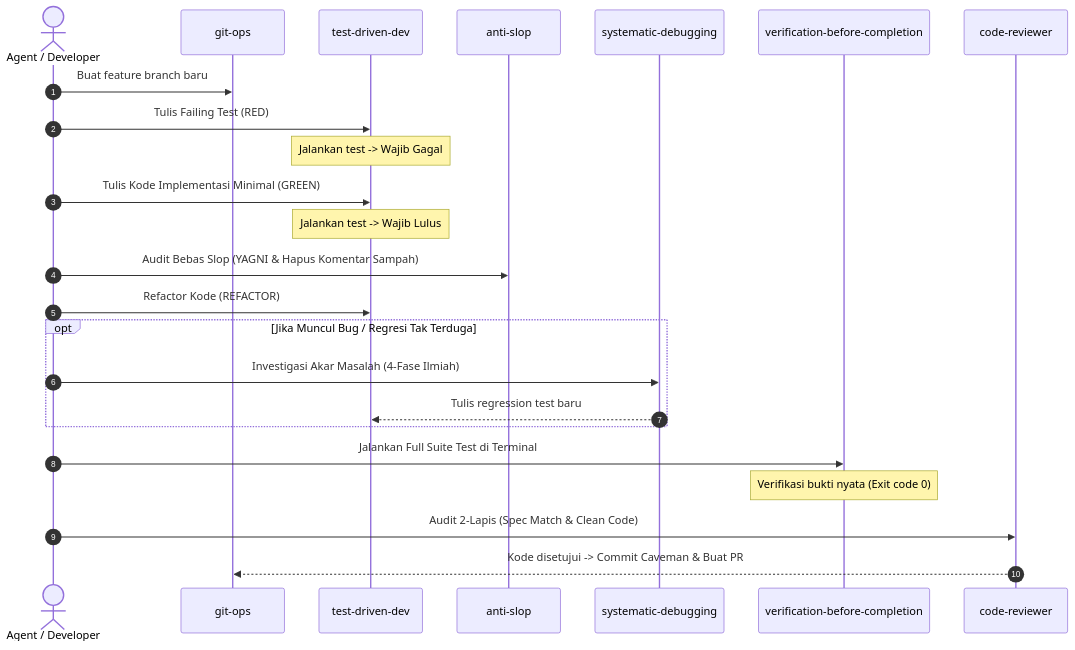
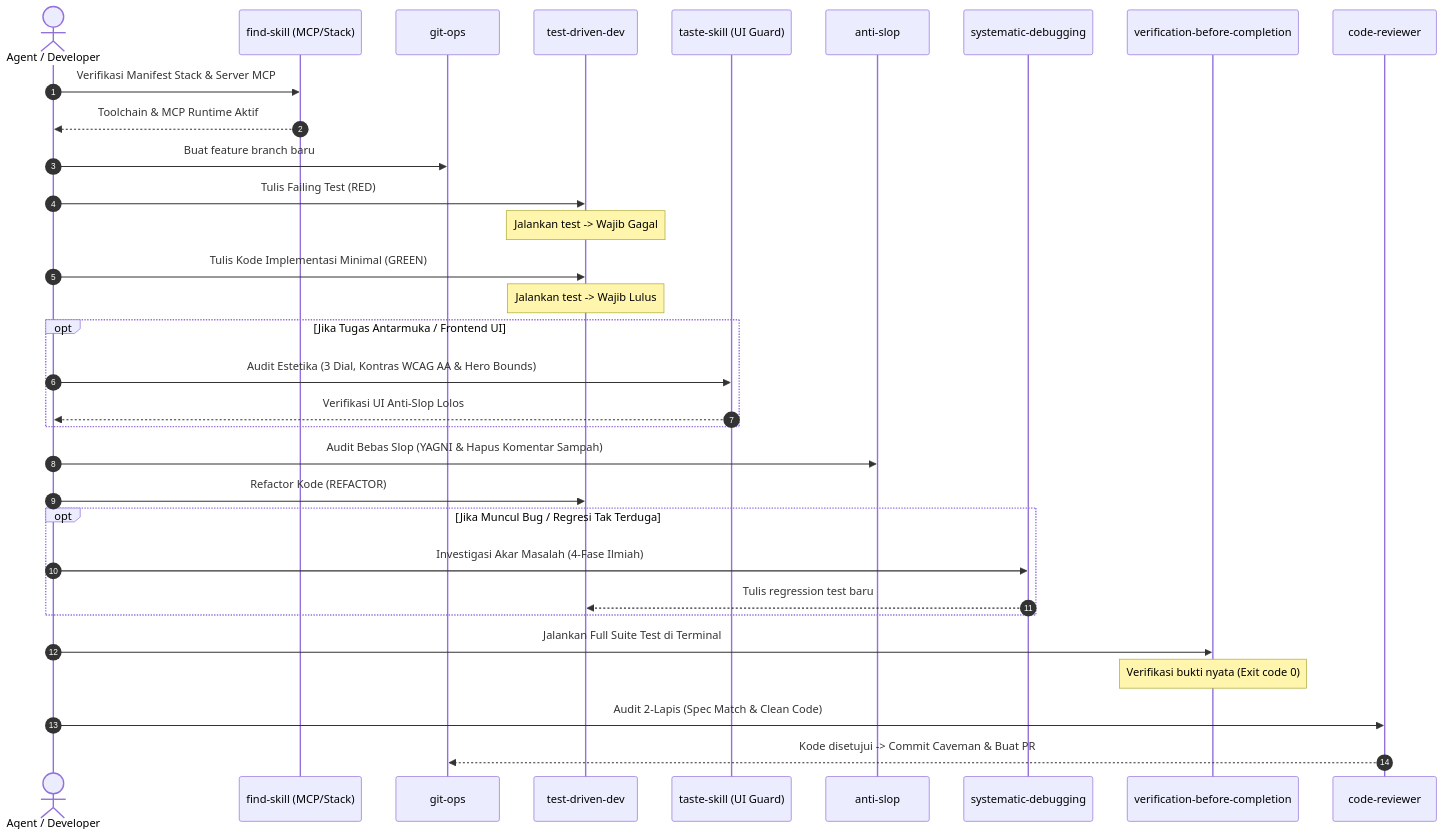
The fourth of 4 diagrams in README.md (okyFaishal/pero-agent-skills), drawn with Mermaid before and after one commit. The commit also changed other lines of this file, not shown here.

Commit message:
docs(readme): update Mermaid graphs and catalog for 28 skills and JIT MCP flow

````diff
--- a/README.md
+++ b/README.md
@@ -250,29 +298,39 @@
 ```mermaid
 sequenceDiagram
     autonumber
     actor Dev as Agent / Developer
+    participant FS as find-skill (MCP/Stack)
     participant Git as git-ops
     participant TDD as test-driven-dev
+    participant TS as taste-skill (UI Guard)
     participant AS as anti-slop
     participant DBG as systematic-debugging
     participant VBC as verification-before-completion
     participant Rev as code-reviewer
 
+    Dev->>FS: Verifikasi Manifest Stack & Server MCP
+    FS-->>Dev: Toolchain & MCP Runtime Aktif
     Dev->>Git: Buat feature branch baru
     Dev->>TDD: Tulis Failing Test (RED)
     Note over TDD: Jalankan test -> Wajib Gagal
     Dev->>TDD: Tulis Kode Implementasi Minimal (GREEN)
     Note over TDD: Jalankan test -> Wajib Lulus
+    
+    opt Jika Tugas Antarmuka / Frontend UI
+        Dev->>TS: Audit Estetika (3 Dial, Kontras WCAG AA & Hero Bounds)
+        TS-->>Dev: Verifikasi UI Anti-Slop Lolos
+    end
+
     Dev->>AS: Audit Bebas Slop (YAGNI & Hapus Komentar Sampah)
     Dev->>TDD: Refactor Kode (REFACTOR)
     
     opt Jika Muncul Bug / Regresi Tak Terduga
         Dev->>DBG: Investigasi Akar Masalah (4-Fase Ilmiah)
         DBG-->>TDD: Tulis regression test baru
     end
 
     Dev->>VBC: Jalankan Full Suite Test di Terminal
     Note over VBC: Verifikasi bukti nyata (Exit code 0)
     Dev->>Rev: Audit 2-Lapis (Spec Match & Clean Code)
     Rev-->>Git: Kode disetujui -> Commit Caveman & Buat PR
 ```
````
